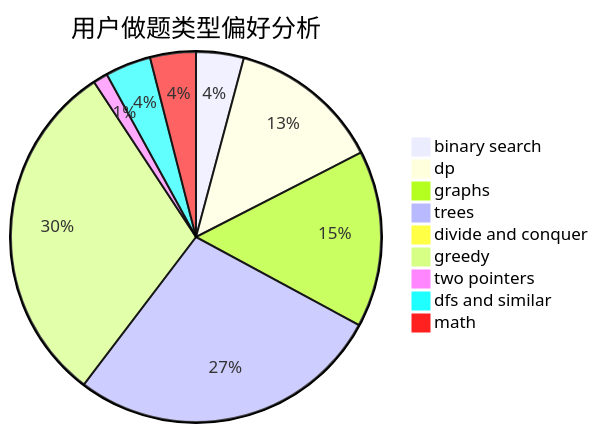
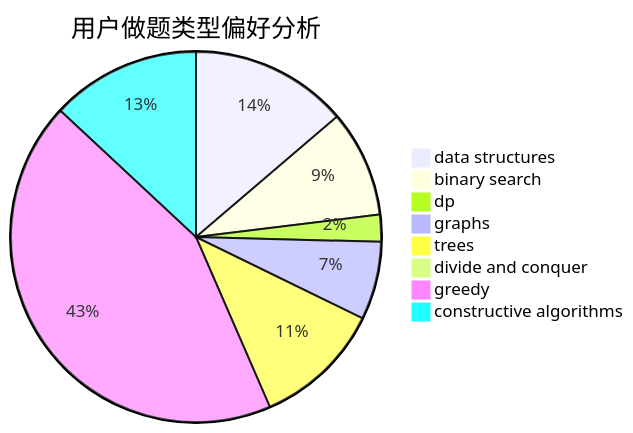
Before and after one commit to sherpahu/cfrs.github.io: the second of 3 diagrams in docs/user/u1139.md, drawn with Mermaid. The commit also changed other lines of this file and 2775 other files, not shown here.

````diff
--- a/docs/user/u1139.md
+++ b/docs/user/u1139.md
@@ -23,12 +23,11 @@
 ```mermaid
 pie title 用户做题类型偏好分析
-    "binary search" :  75
-    "dp" :  240
-    "graphs" :  278
-    "trees" :  495
-    "divide and conquer" :  5
-    "greedy" :  548
-    "two pointers" :  23
-    "dfs and similar" :  72
-    "math" :  72
+    "data structures" :  99
+    "binary search" :  67
+    "dp" :  17
+    "graphs" :  49
+    "trees" :  81
+    "divide and conquer" :  0
+    "greedy" :  313
+    "constructive algorithms" :  94
 ```
````
